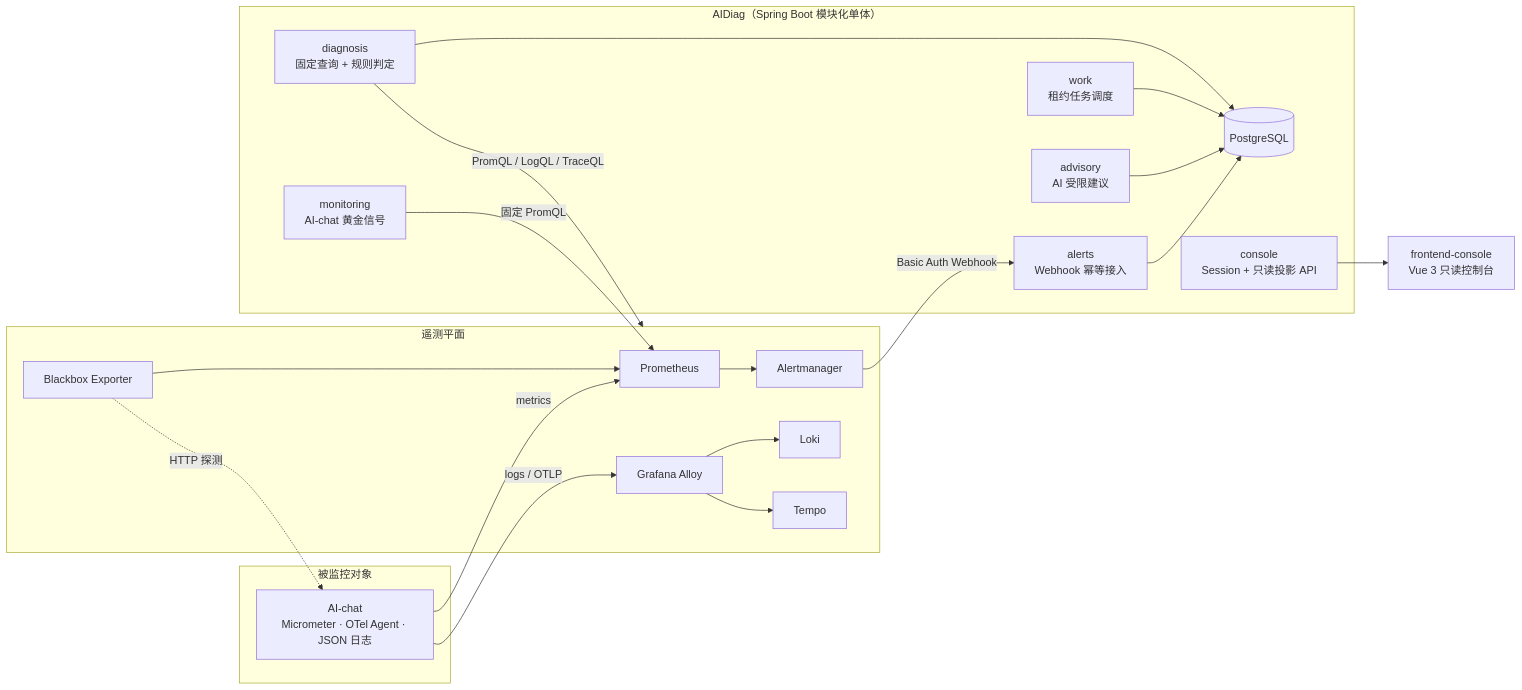
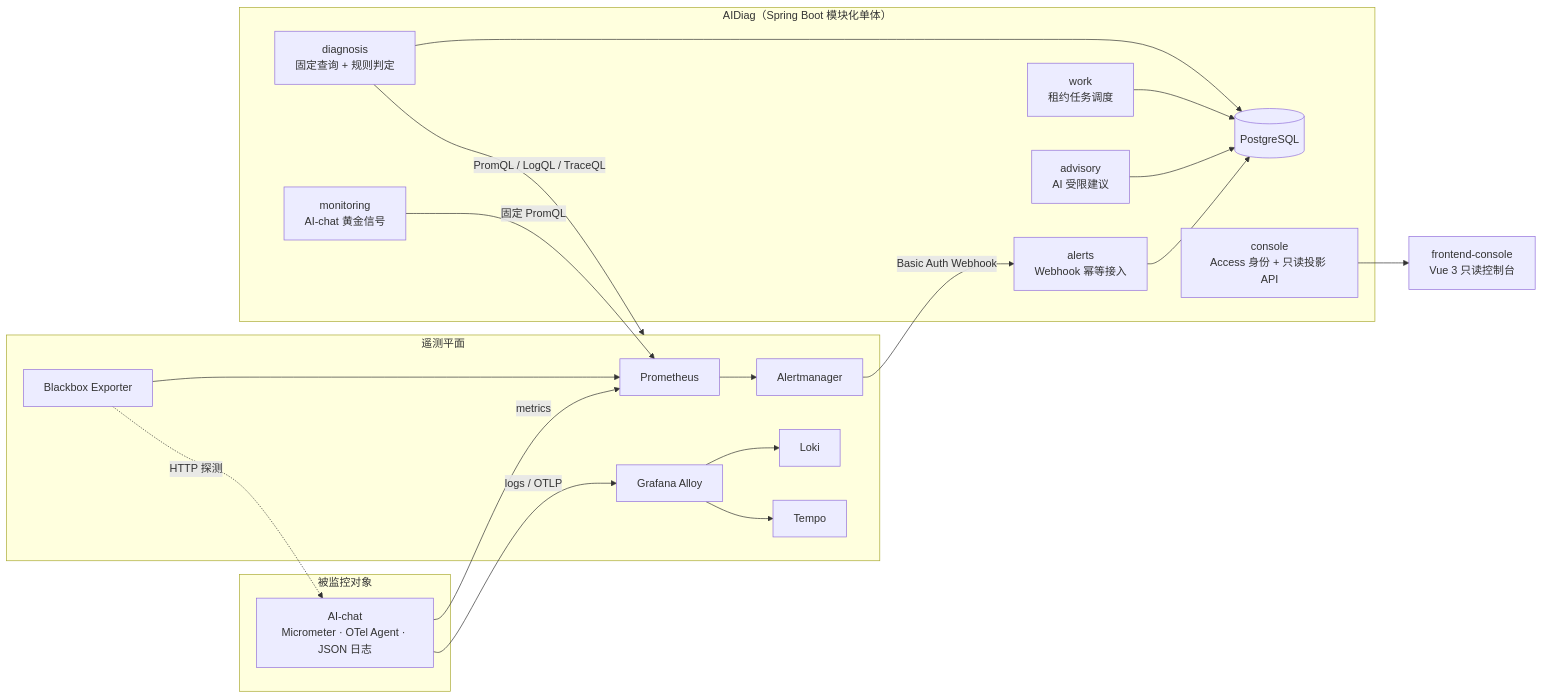
The diagram in README.md (duoduokouduo895/ai-ops), drawn with Mermaid before and after one commit. The commit also changed other lines of this file and 47 other files, not shown here.

Commit message:
feat(console): integrate Cloudflare Access auth, Pages proxy and deployment verification

````diff
--- a/README.md
+++ b/README.md
@@ -23,27 +23,27 @@
 ```mermaid
 flowchart LR
     subgraph Monitored["被监控对象"]
         CHAT["AI-chat<br/>Micrometer · OTel Agent · JSON 日志"]
     end
     subgraph Telemetry["遥测平面"]
         PROM[Prometheus] --> AM[Alertmanager]
         ALLOY[Grafana Alloy] --> LOKI[Loki]
         ALLOY --> TEMPO[Tempo]
         BB[Blackbox Exporter] --> PROM
     end
     subgraph AIDiag["AIDiag（Spring Boot 模块化单体）"]
         WH["alerts<br/>Webhook 幂等接入"] --> DB[(PostgreSQL)]
         WK["work<br/>租约任务调度"] --> DB
         DG["diagnosis<br/>固定查询 + 规则判定"] --> DB
         ADV["advisory<br/>AI 受限建议"] --> DB
         MON["monitoring<br/>AI-chat 黄金信号"]
-        API["console<br/>Session + 只读投影 API"]
+        API["console<br/>Access 身份 + 只读投影 API"]
     end
     CHAT -->|metrics| PROM
     CHAT -->|logs / OTLP| ALLOY
     BB -.->|HTTP 探测| CHAT
     AM -->|Basic Auth Webhook| WH
     DG -->|PromQL / LogQL / TraceQL| Telemetry
     MON -->|固定 PromQL| PROM
     API --> UI["frontend-console<br/>Vue 3 只读控制台"]
 ```
````
